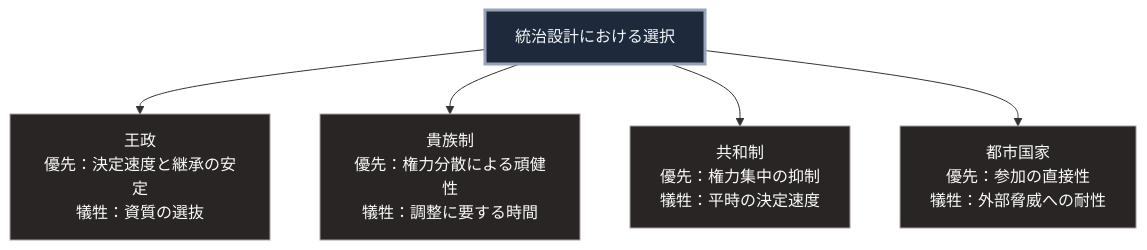
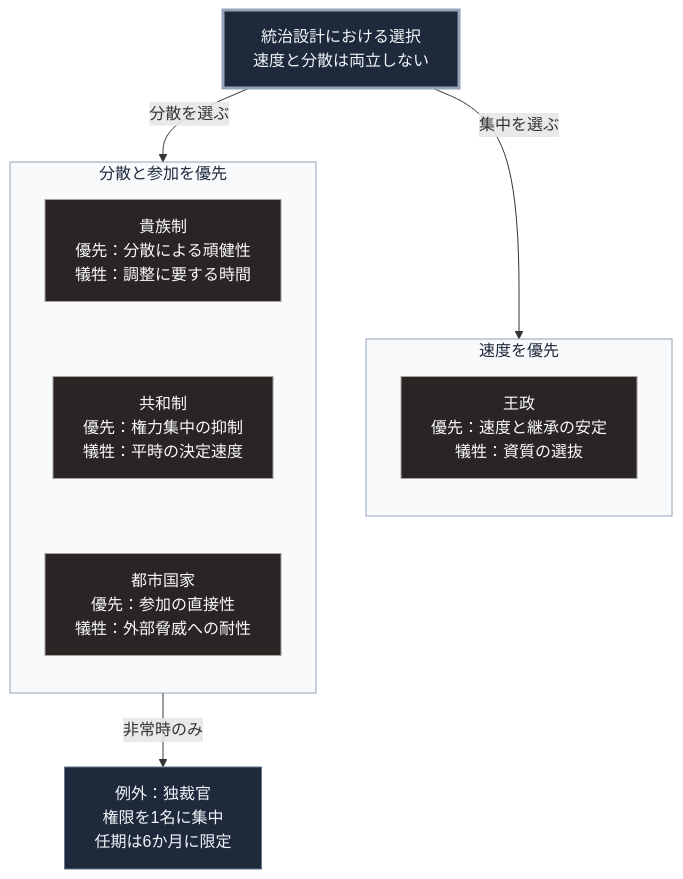
Before and after one commit to Takenori-Kusaka/zenn-content: the diagram in books/sovereign-resilience-blueprint/monarchy-aristocracy-republic.md, drawn with Mermaid. The commit also changed other lines of this file and 114 other files, not shown here.

````diff
--- a/books/sovereign-resilience-blueprint/monarchy-aristocracy-republic.md
+++ b/books/sovereign-resilience-blueprint/monarchy-aristocracy-republic.md
@@ -53,15 +53,25 @@
 ```mermaid
 flowchart TD
-    Q[統治設計における選択]
-
-    Q --> A[王政<br>優先：決定速度と継承の安定<br>犠牲：資質の選抜]
-    Q --> B[貴族制<br>優先：権力分散による頑健性<br>犠牲：調整に要する時間]
-    Q --> C[共和制<br>優先：権力集中の抑制<br>犠牲：平時の決定速度]
-    Q --> D[都市国家<br>優先：参加の直接性<br>犠牲：外部脅威への耐性]
+    Q[統治設計における選択<br>速度と分散は両立しない]
+    Q -->|集中を選ぶ| GA
+    Q -->|分散を選ぶ| GB
+    subgraph GA[速度を優先]
+        direction TB
+        A[王政<br>優先：速度と継承の安定<br>犠牲：資質の選抜]
+    end
+    subgraph GB[分散と参加を優先]
+        direction TB
+        B[貴族制<br>優先：分散による頑健性<br>犠牲：調整に要する時間] ~~~ C[共和制<br>優先：権力集中の抑制<br>犠牲：平時の決定速度]
+        C ~~~ D[都市国家<br>優先：参加の直接性<br>犠牲：外部脅威への耐性]
+    end
+    C -->|非常時のみ| T[例外：独裁官<br>権限を1名に集中<br>任期は6か月に限定]
 
     style Q fill:#1e293b,stroke:#94a3b8,stroke-width:3px,color:#f1f5f9
+    style GA fill:#f8fafc,stroke:#94a3b8,color:#1e293b
+    style GB fill:#f8fafc,stroke:#94a3b8,color:#1e293b
     style A fill:#292524,stroke:#a8a29e,color:#fafaf9
     style B fill:#292524,stroke:#a8a29e,color:#fafaf9
     style C fill:#292524,stroke:#a8a29e,color:#fafaf9
     style D fill:#292524,stroke:#a8a29e,color:#fafaf9
+    style T fill:#1e293b,stroke:#64748b,color:#f1f5f9
 ```
````
